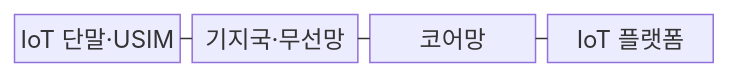
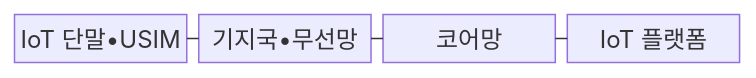
Before and after one commit to agnusdei1207/knowledge-base: the first of 2 diagrams in src/content/docs/notes/04-network/055_nb_iot_lte_m.md, drawn with Mermaid. The commit also changed other lines of this file and 953 other files, not shown here.

````diff
--- a/src/content/docs/notes/04-network/055_nb_iot_lte_m.md
+++ b/src/content/docs/notes/04-network/055_nb_iot_lte_m.md
@@ -67,11 +67,11 @@
 ```mermaid
 block-beta
     columns 4
-    A["IoT 단말·USIM"]
-    B["기지국·무선망"]
+    A["IoT 단말•USIM"]
+    B["기지국•무선망"]
     C["코어망"]
     D["IoT 플랫폼"]
     A --- B
     B --- C
     C --- D
 ```
````
